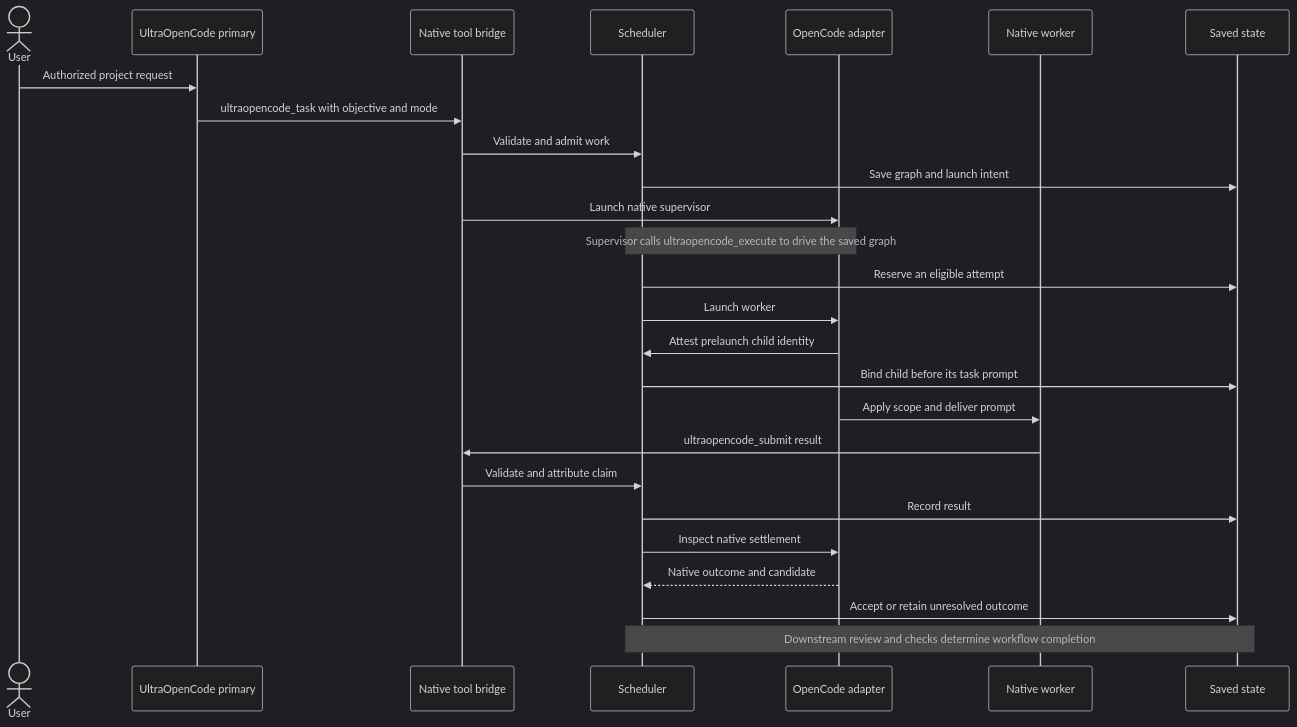
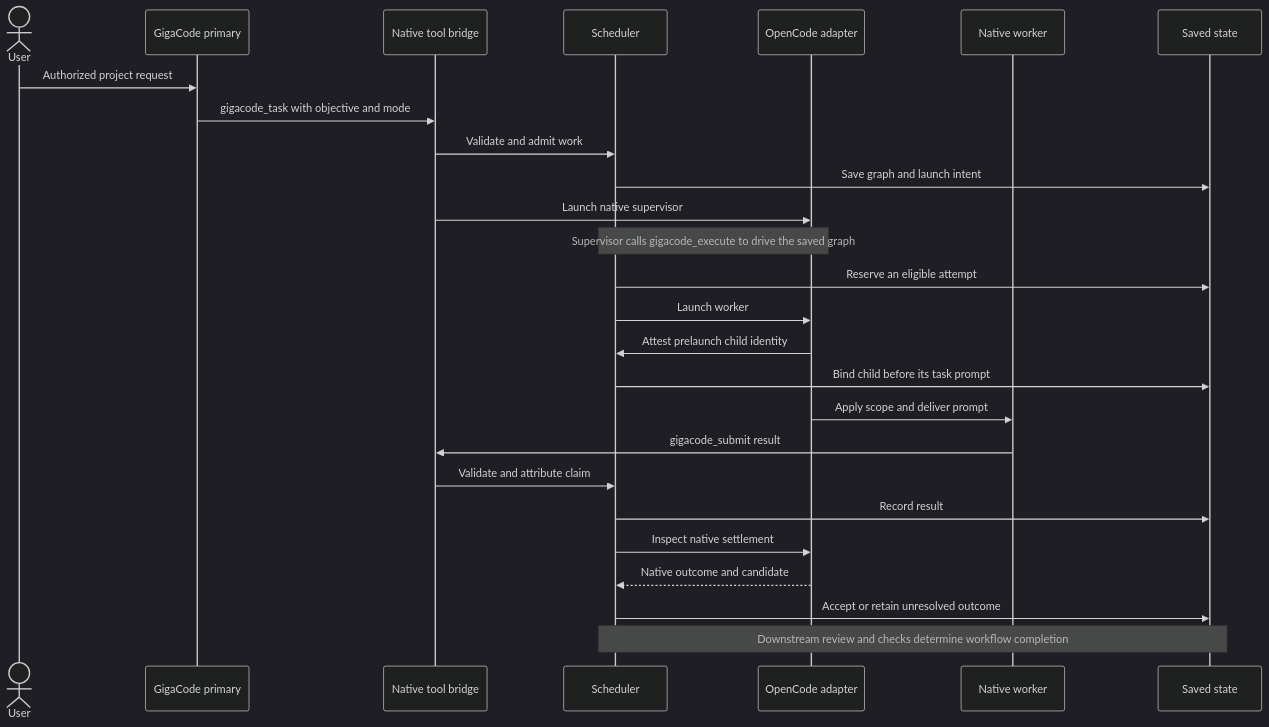
Before and after one commit to expiracy/gigacode: the first of 2 diagrams in docs/agent-workflows.md, drawn with Mermaid (dark theme). The commit also changed other lines of this file and 93 other files, not shown here.

````diff
--- a/docs/agent-workflows.md
+++ b/docs/agent-workflows.md
@@ -13,28 +15,28 @@
 ```mermaid
 sequenceDiagram
     actor User
-    participant Primary as UltraOpenCode primary
+    participant Primary as GigaCode primary
     participant Plugin as Native tool bridge
     participant Engine as Scheduler
     participant Host as OpenCode adapter
     participant Worker as Native worker
     participant DB as Saved state
     User->>Primary: Authorized project request
-    Primary->>Plugin: ultraopencode_task with objective and mode
+    Primary->>Plugin: gigacode_task with objective and mode
     Plugin->>Engine: Validate and admit work
     Engine->>DB: Save graph and launch intent
     Plugin->>Host: Launch native supervisor
-    Note over Engine,Host: Supervisor calls ultraopencode_execute to drive the saved graph
+    Note over Engine,Host: Supervisor calls gigacode_execute to drive the saved graph
     Engine->>DB: Reserve an eligible attempt
     Engine->>Host: Launch worker
     Host->>Engine: Attest prelaunch child identity
     Engine->>DB: Bind child before its task prompt
     Host->>Worker: Apply scope and deliver prompt
-    Worker->>Plugin: ultraopencode_submit result
+    Worker->>Plugin: gigacode_submit result
     Plugin->>Engine: Validate and attribute claim
     Engine->>DB: Record result
     Engine->>Host: Inspect native settlement
     Host-->>Engine: Native outcome and candidate
     Engine->>DB: Accept or retain unresolved outcome
     Note over Engine,DB: Downstream review and checks determine workflow completion
 ```
````
